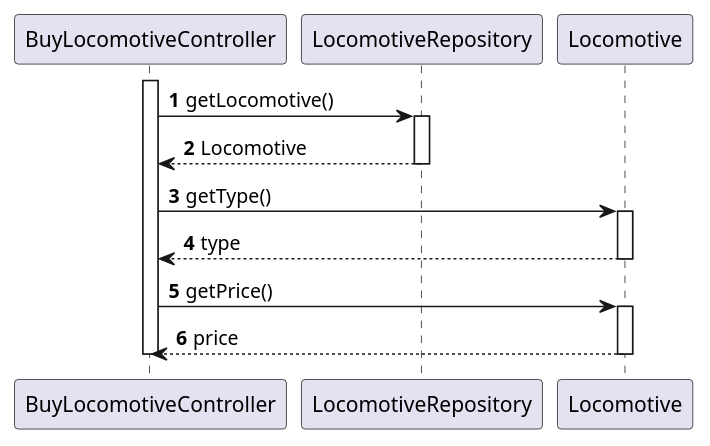
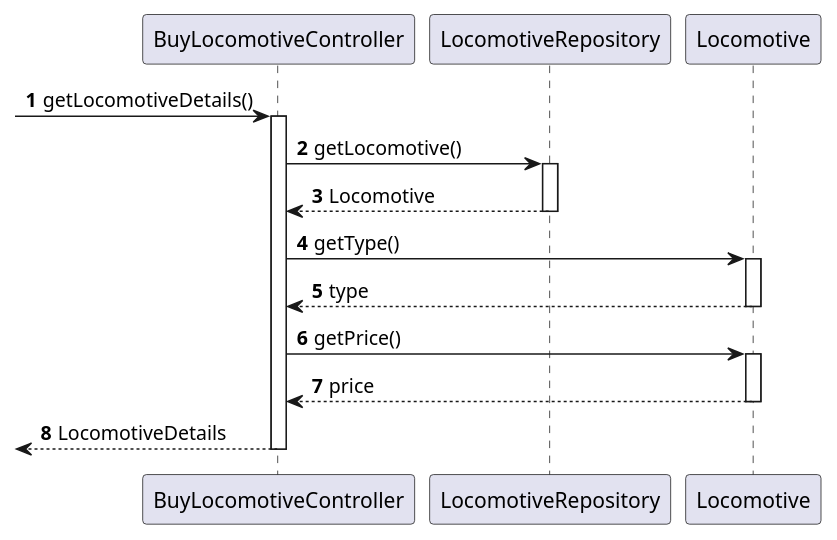
Before and after one commit to Andremonteiro1240850/railway_simulator: the diagram in docs/system-documentation/US09/03.design/puml/US009-SD-partial-get-locomotive-details.puml, drawn with PlantUML. The commit also changed 19 other files, not shown here.

```diff
--- a/docs/system-documentation/US09/03.design/puml/US009-SD-partial-get-locomotive-details.puml
+++ b/docs/system-documentation/US09/03.design/puml/US009-SD-partial-get-locomotive-details.puml
@@ -1,24 +1,28 @@
 @startuml
 autonumber
 participant BuyLocomotiveController
-activate BuyLocomotiveController
+
 participant LocomotiveRepository
 participant Locomotive
 
+-> BuyLocomotiveController : getLocomotiveDetails()
+activate BuyLocomotiveController
 BuyLocomotiveController -> LocomotiveRepository : getLocomotive()
 activate LocomotiveRepository
 LocomotiveRepository --> BuyLocomotiveController : Locomotive
 deactivate LocomotiveRepository
 
 BuyLocomotiveController -> Locomotive : getType()
 activate Locomotive
 Locomotive --> BuyLocomotiveController : type
 deactivate Locomotive
 
 BuyLocomotiveController -> Locomotive : getPrice()
 activate Locomotive
 Locomotive --> BuyLocomotiveController : price
 deactivate Locomotive
 
+
+<--BuyLocomotiveController  : LocomotiveDetails
 deactivate BuyLocomotiveController
 @enduml
```
